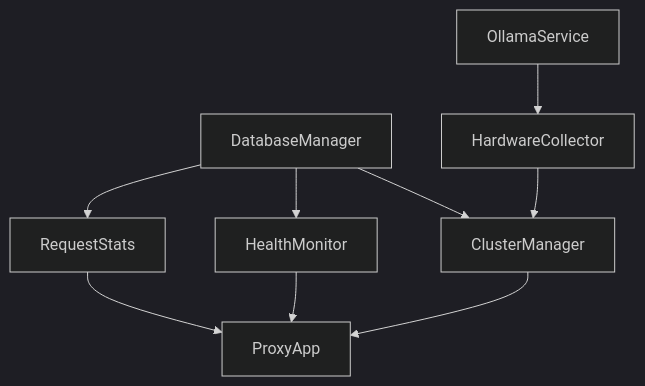
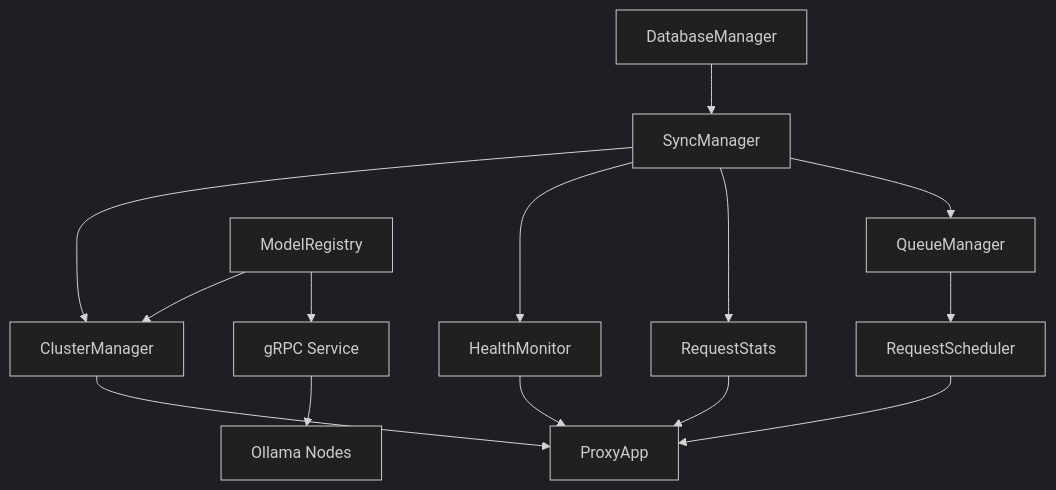
Before and after one commit to WhiteMordred/olol: the third of 3 diagrams in Persistance.md, drawn with Mermaid (dark theme). The commit also changed other lines of this file and 14 other files, not shown here.

````diff
--- a/Persistance.md
+++ b/Persistance.md
@@ -366,11 +400,16 @@
 ```mermaid
 graph TD
-    A[DatabaseManager] --> B[ClusterManager]
-    A --> C[HealthMonitor]
-    A --> D[RequestStats]
-    B --> E[ProxyApp]
-    C --> E
-    D --> E
-    F[OllamaService] --> G[HardwareCollector]
-    G --> B
+    A[DatabaseManager] --> B[SyncManager]
+    B --> C[ClusterManager]
+    B --> D[HealthMonitor]
+    B --> E[RequestStats]
+    B --> F[QueueManager]
+    C --> G[ProxyApp]
+    D --> G
+    E --> G
+    F --> H[RequestScheduler]
+    H --> G
+    I[ModelRegistry] --> C
+    I --> J[gRPC Service]
+    J --> K[Ollama Nodes]
 ```
````
